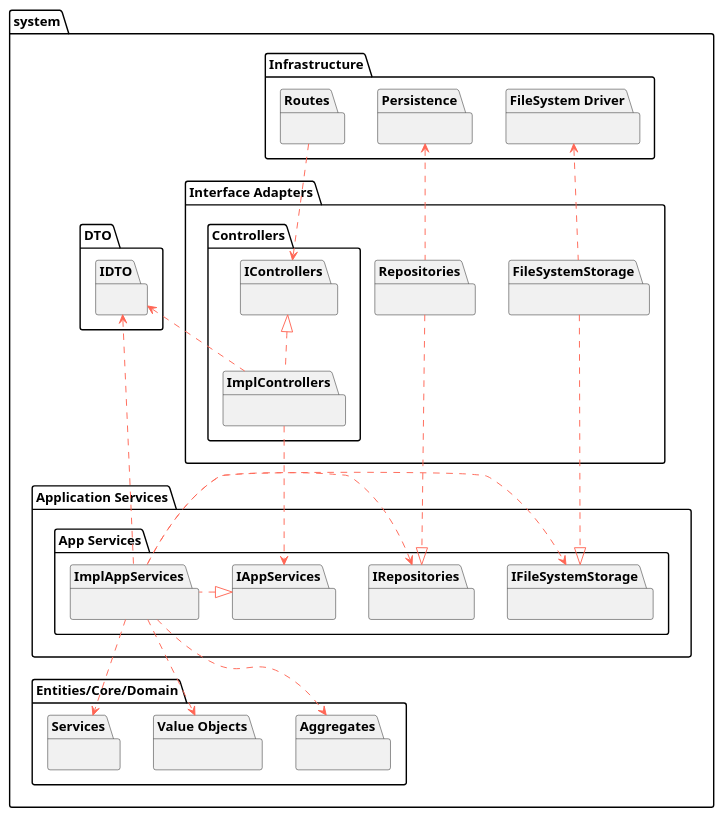
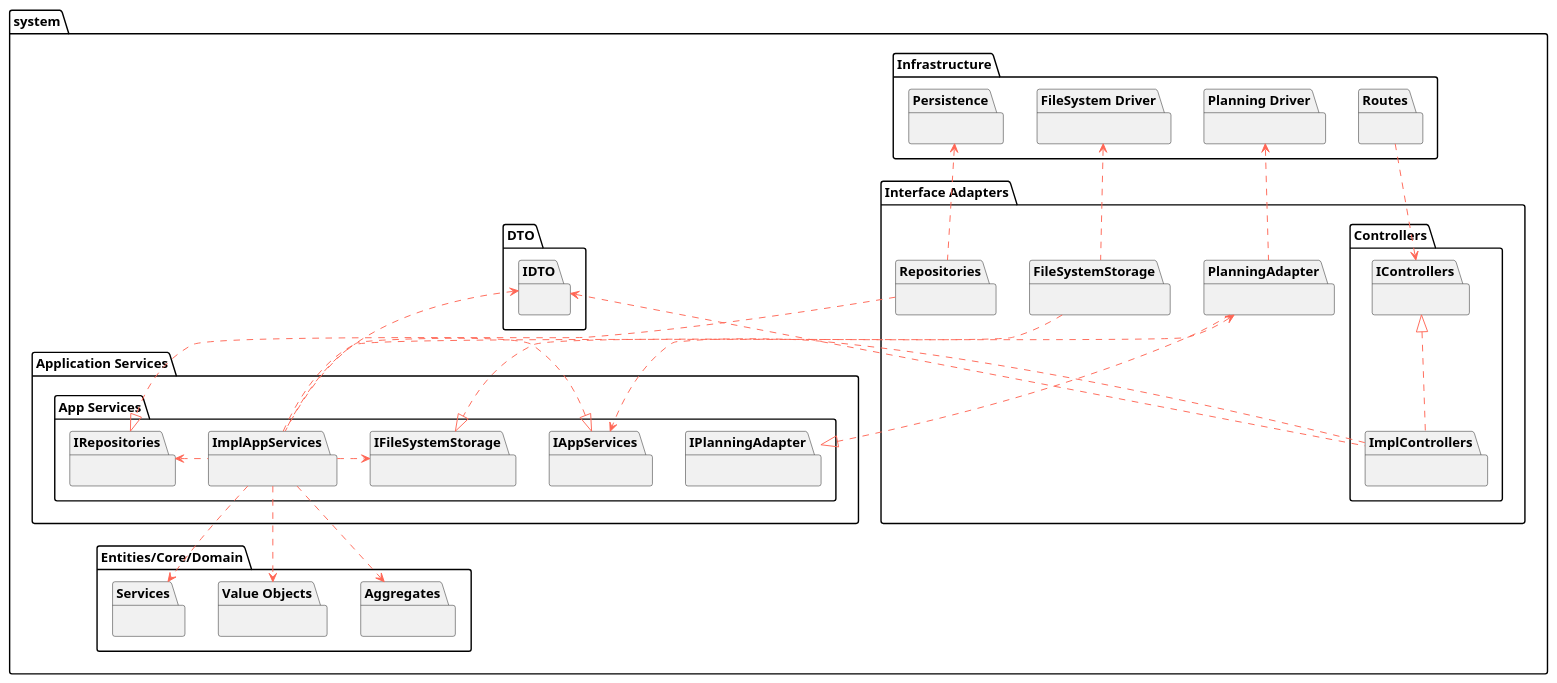
The diagram in docs/general-purpose/level3/implementation-view.puml (Departamento-de-Engenharia-Informatica/lapr5-23-24-g19), drawn with PlantUML before and after one commit. The commit also changed 7 other files, not shown here.

```diff
--- a/docs/general-purpose/level3/implementation-view.puml
+++ b/docs/general-purpose/level3/implementation-view.puml
@@ -1,90 +1,102 @@
 @startuml
 
 skinparam component {
     FontSize 16
     BackgroundColor<<Apache>> LightCoral
     BorderColor<<Apache>> #FF6655
     FontName Courier
     BorderColor black
     BackgroundColor DeepSkyBlue
     ArrowFontName Impact
     ArrowColor #FF6655
 }
 
 package system {
     package "Infrastructure" {
         package "Routes" {
         }
 
         package "Persistence" {
         }
 
         package "FileSystem Driver" {
         }
+        
+        package "Planning Driver" {
+        }
     }
 
     package "Interface Adapters" {
         package "Controllers" {
             package "IControllers" {
             }
 
             package "ImplControllers" {
             }
         }
 
         package "Repositories" {
         }
 
         package "FileSystemStorage" {
         }
+
+        package "PlanningAdapter" {
+        }
     }
 
     package "Application Services" {
         package "App Services" {
             package "IAppServices" {
             }
 
             package "ImplAppServices" {
             }
 
             package "IRepositories" {
             }
 
             package "IFileSystemStorage" {
+            }
+            package "IPlanningAdapter" {
             }
         }
     }
     package "DTO" {
         package "IDTO" as dto{
         }
     }
 
     package "Entities/Core/Domain" {
         package "Aggregates" {
         }
 
         package "Value Objects" {
         }
 
         package "Services" {
         }
     }
     "Routes" .down.> "IControllers"
     "ImplControllers" .up.|> "IControllers"
     "ImplControllers" .down.> "IAppServices"
     "ImplAppServices" .left.|> "IAppServices"
     "ImplAppServices" .left.> "IRepositories"
     "ImplAppServices" .right.> "IFileSystemStorage"
+    "ImplAppServices" .right.> "PlanningAdapter"
     "ImplAppServices" .down.> "Aggregates"
     "ImplAppServices" .down.> "Value Objects"
     "ImplAppServices" .down.> "Services"
     "ImplAppServices" .up.> dto
     "ImplControllers" .up.> dto
     "Repositories" .up.> "Persistence"
     "Repositories" .down.|> "IRepositories"
 
     "FileSystemStorage" .up.> "FileSystem Driver"
     "FileSystemStorage" .down.|> "IFileSystemStorage"
+
+    "PlanningAdapter" .up.> "Planning Driver"
+    "PlanningAdapter" .down.|> "IPlanningAdapter"
 }
 
 @enduml
```
